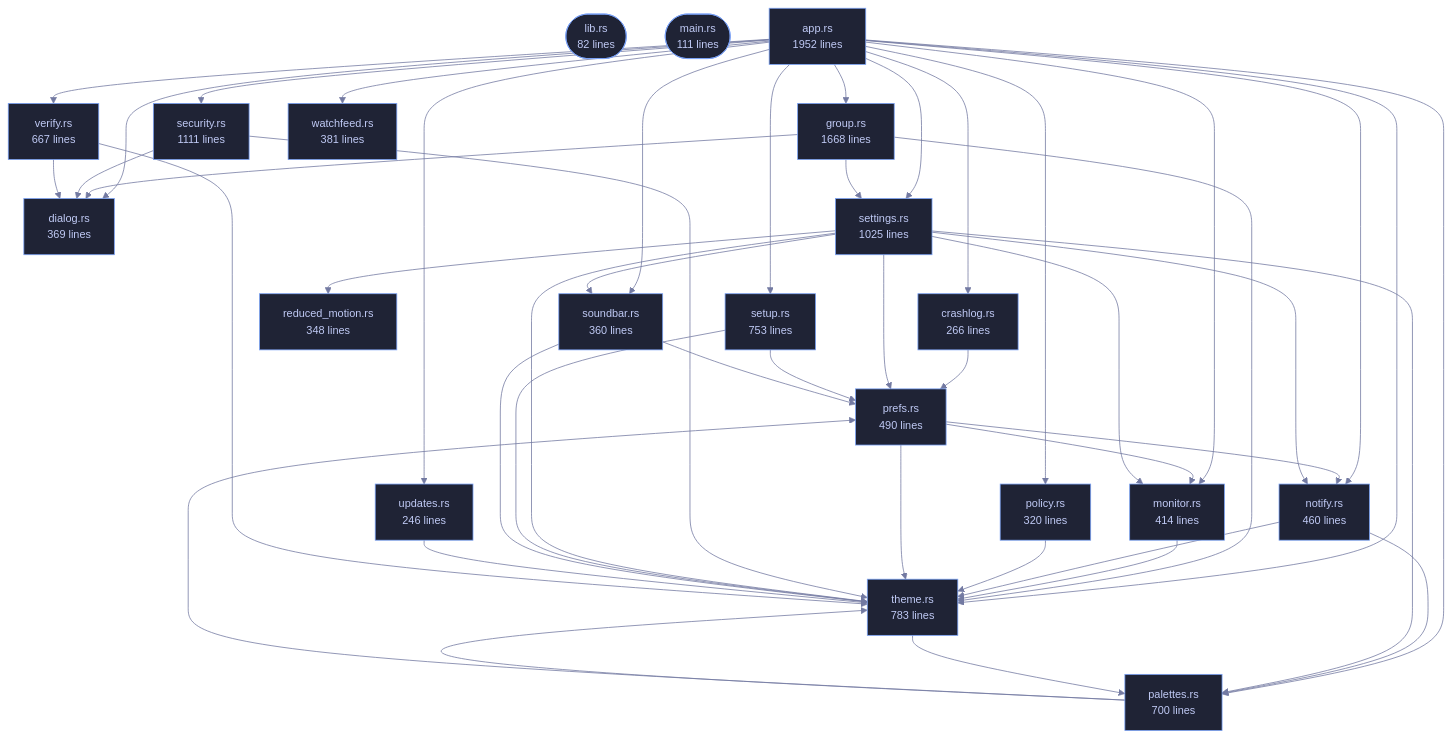
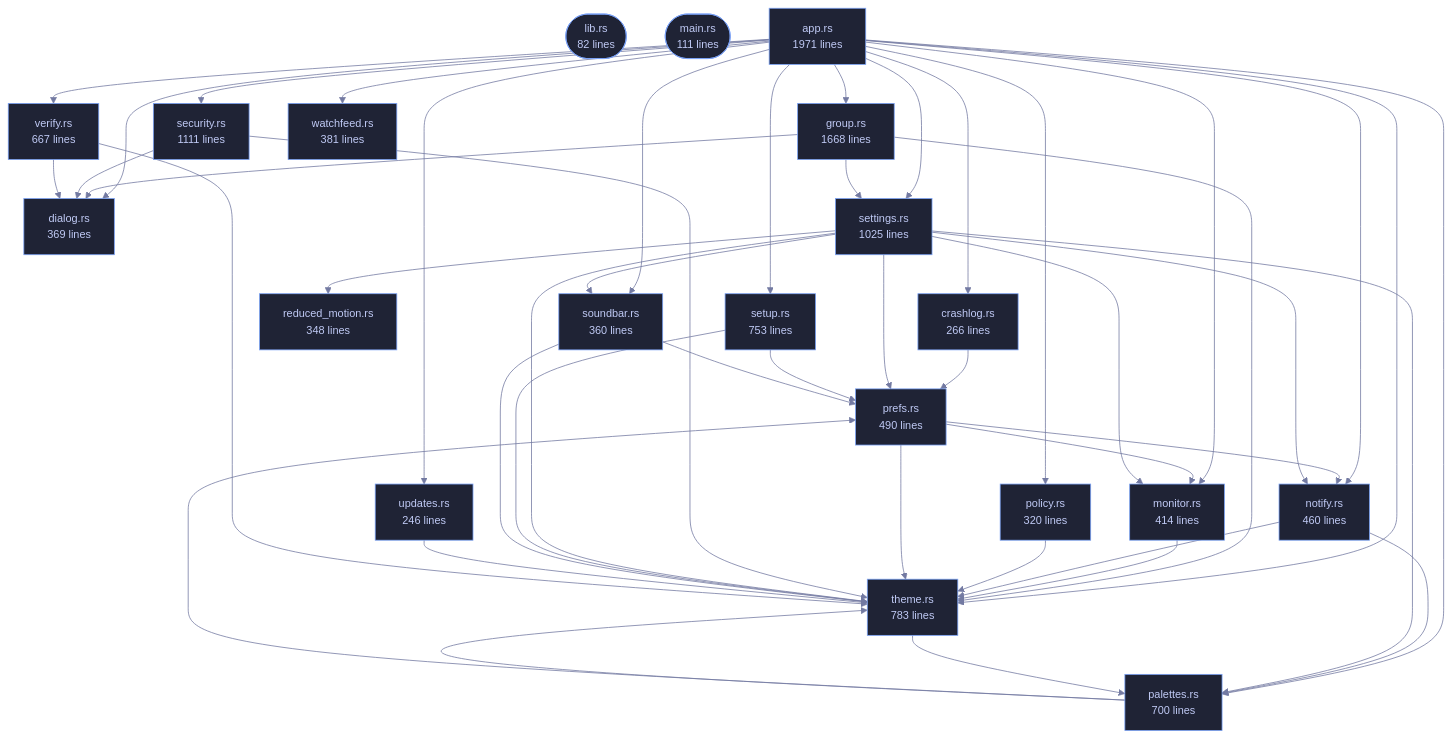
The diagram in crates/veilvoice-gui/README.md (tilas01/veilvoice), drawn with Mermaid before and after one commit. The commit also changed other lines of this file and 31 other files, not shown here.

```diff
--- a/crates/veilvoice-gui/README.md
+++ b/crates/veilvoice-gui/README.md
@@ -96,7 +96,7 @@
 flowchart TD
     n_lib(["lib.rs<br/>82 lines"])
     n_main(["main.rs<br/>111 lines"])
-    n_app["app.rs<br/>1952 lines"]
+    n_app["app.rs<br/>1971 lines"]
     n_crashlog["crashlog.rs<br/>266 lines"]
     n_dialog["dialog.rs<br/>369 lines"]
     n_group["group.rs<br/>1668 lines"]
```
